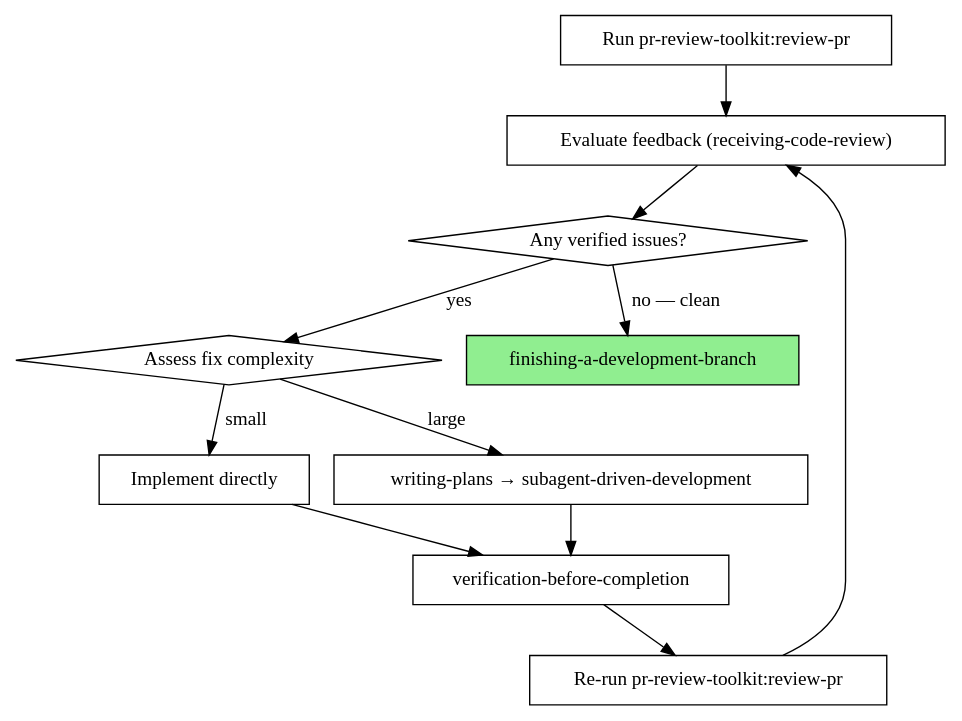
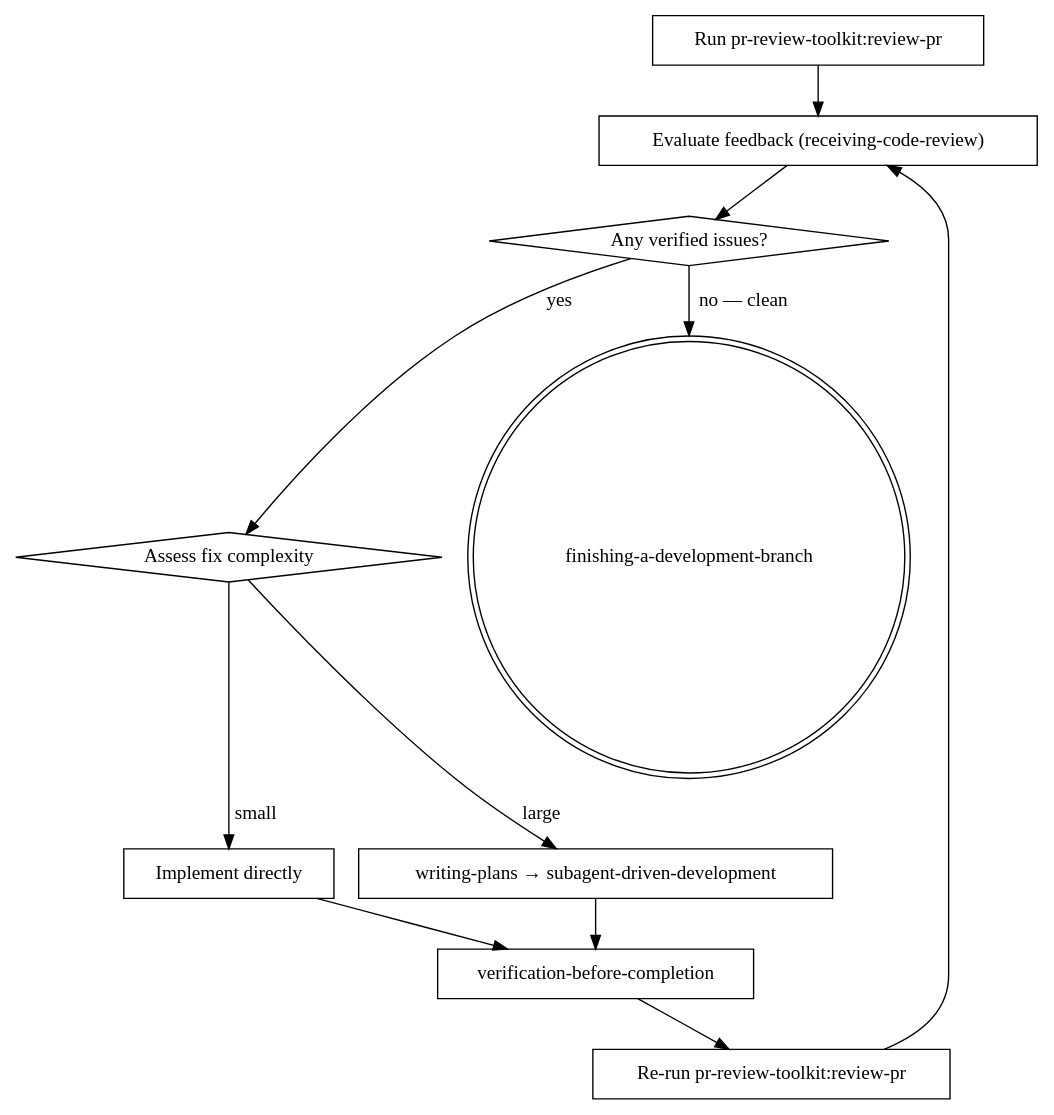
One commit to rustanacexd/agent-skills changed the diagram in pr-review-loop/SKILL.md. Above: the diagram before and after it, drawn with Graphviz. The commit also changed 1 other file, not shown here.

Commit message:
Fix flowchart exit nodes to use doublecircle per superpowers graphviz conventions

````diff
--- a/pr-review-loop/SKILL.md
+++ b/pr-review-loop/SKILL.md
@@ -26,26 +26,26 @@
 ```dot
 digraph review_loop {
     rankdir=TB;
 
     "Run pr-review-toolkit:review-pr" [shape=box];
     "Evaluate feedback (receiving-code-review)" [shape=box];
     "Any verified issues?" [shape=diamond];
     "Assess fix complexity" [shape=diamond];
     "Implement directly" [shape=box];
     "writing-plans → subagent-driven-development" [shape=box];
     "verification-before-completion" [shape=box];
     "Re-run pr-review-toolkit:review-pr" [shape=box];
-    "finishing-a-development-branch" [shape=box style=filled fillcolor=lightgreen];
+    "finishing-a-development-branch" [shape=doublecircle];
 
     "Run pr-review-toolkit:review-pr" -> "Evaluate feedback (receiving-code-review)";
     "Evaluate feedback (receiving-code-review)" -> "Any verified issues?";
     "Any verified issues?" -> "finishing-a-development-branch" [label="no — clean"];
     "Any verified issues?" -> "Assess fix complexity" [label="yes"];
     "Assess fix complexity" -> "Implement directly" [label="small"];
     "Assess fix complexity" -> "writing-plans → subagent-driven-development" [label="large"];
     "Implement directly" -> "verification-before-completion";
     "writing-plans → subagent-driven-development" -> "verification-before-completion";
     "verification-before-completion" -> "Re-run pr-review-toolkit:review-pr";
     "Re-run pr-review-toolkit:review-pr" -> "Evaluate feedback (receiving-code-review)";
 }
 ```
````
